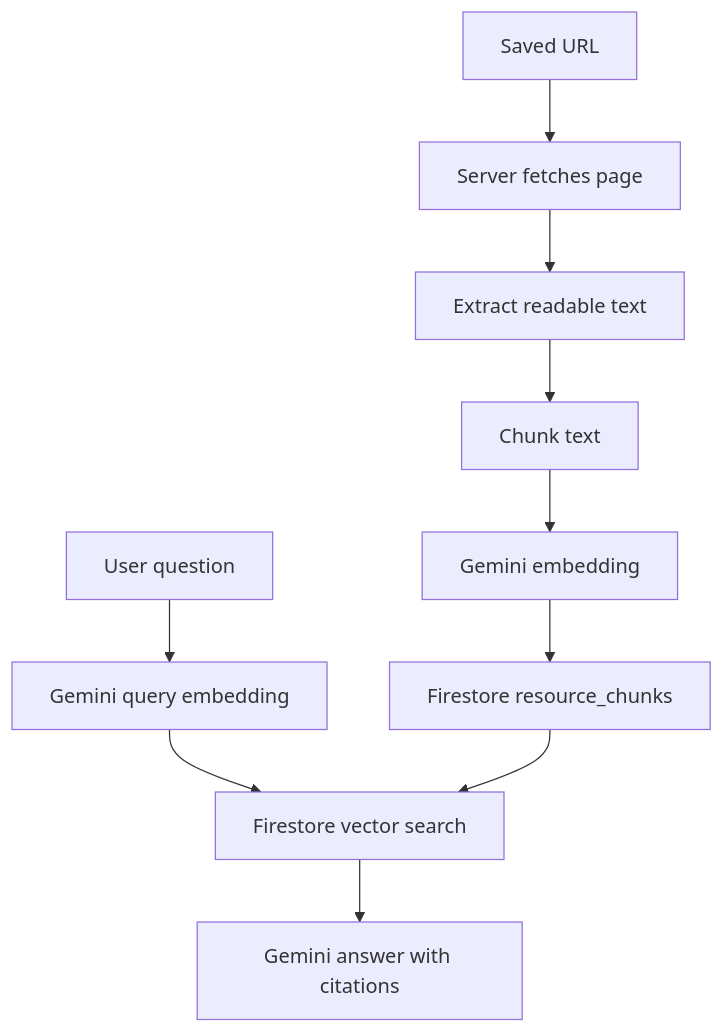
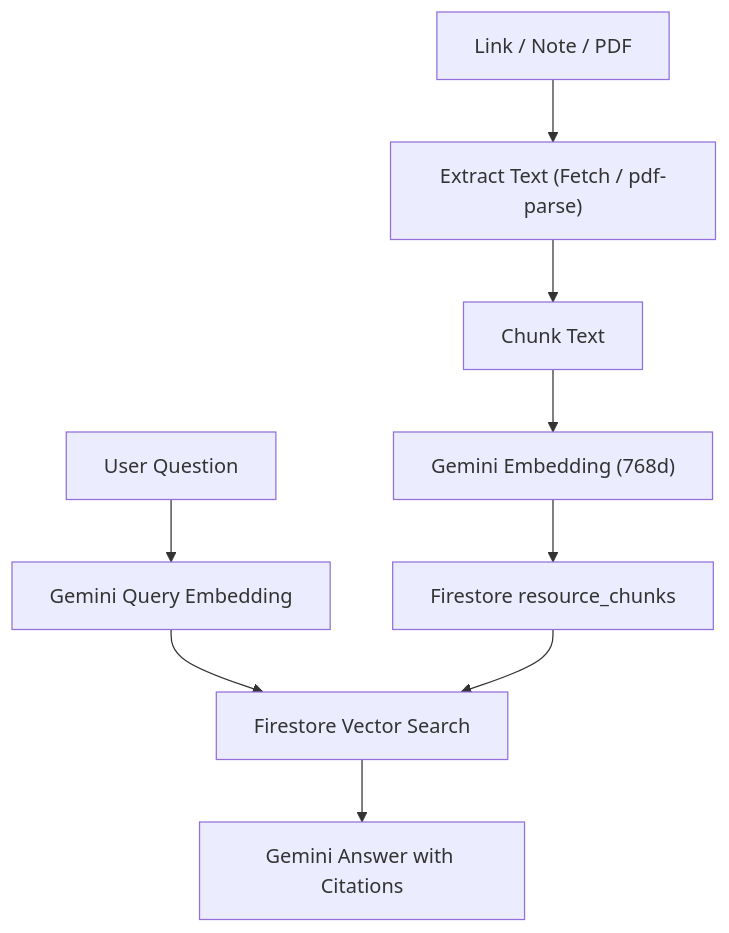
Before and after one commit to Rayan9064/dumpit: the diagram in README.md, drawn with Mermaid. The commit also changed other lines of this file and 2 other files, not shown here.

Commit message:
docs: update project README, API spec, and data model to reflect multi-format capture, RAG, and PDF support

````diff
--- a/README.md
+++ b/README.md
@@ -29,12 +49,11 @@
 ```mermaid
 flowchart TD
-    URL["Saved URL"] --> Fetch["Server fetches page"]
-    Fetch --> Extract["Extract readable text"]
-    Extract --> Chunk["Chunk text"]
-    Chunk --> Embed["Gemini embedding"]
+    Input["Link / Note / PDF"] --> Extract["Extract Text (Fetch / pdf-parse)"]
+    Extract --> Chunk["Chunk Text"]
+    Chunk --> Embed["Gemini Embedding (768d)"]
     Embed --> Store["Firestore resource_chunks"]
-    Ask["User question"] --> QueryEmbed["Gemini query embedding"]
-    QueryEmbed --> Vector["Firestore vector search"]
+    Ask["User Question"] --> QueryEmbed["Gemini Query Embedding"]
+    QueryEmbed --> Vector["Firestore Vector Search"]
     Store --> Vector
-    Vector --> Answer["Gemini answer with citations"]
+    Vector --> Answer["Gemini Answer with Citations"]
 ```
````
